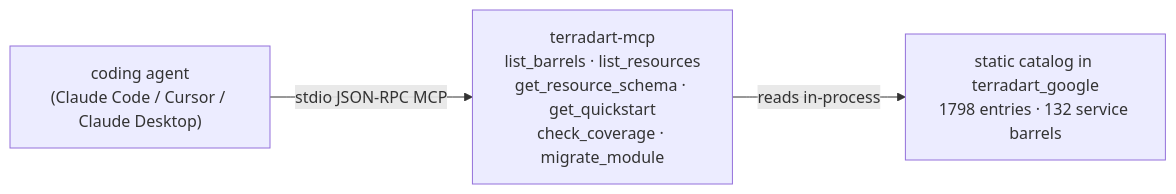
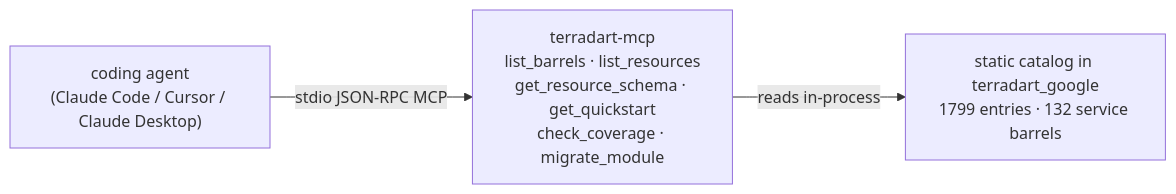
One commit to nozomi-koborinai/terradart changed the diagram in website/src/content/docs/docs/agent/index.md. Above: the diagram before and after it, drawn with Mermaid. The commit also changed other lines of this file and 20 other files, not shown here.

````diff
--- a/website/src/content/docs/docs/agent/index.md
+++ b/website/src/content/docs/docs/agent/index.md
@@ -14,8 +14,8 @@
 ```mermaid
 graph LR
   agent["coding agent<br/>(Claude Code / Cursor / Claude Desktop)"]
   mcp["terradart-mcp<br/>list_barrels · list_resources<br/>get_resource_schema · get_quickstart<br/>check_coverage · migrate_module"]
-  catalog["static catalog in terradart_google<br/>1798 entries · 132 service barrels"]
+  catalog["static catalog in terradart_google<br/>1799 entries · 132 service barrels"]
   agent -->|stdio JSON-RPC MCP| mcp
   mcp -->|reads in-process| catalog
 ```
````
